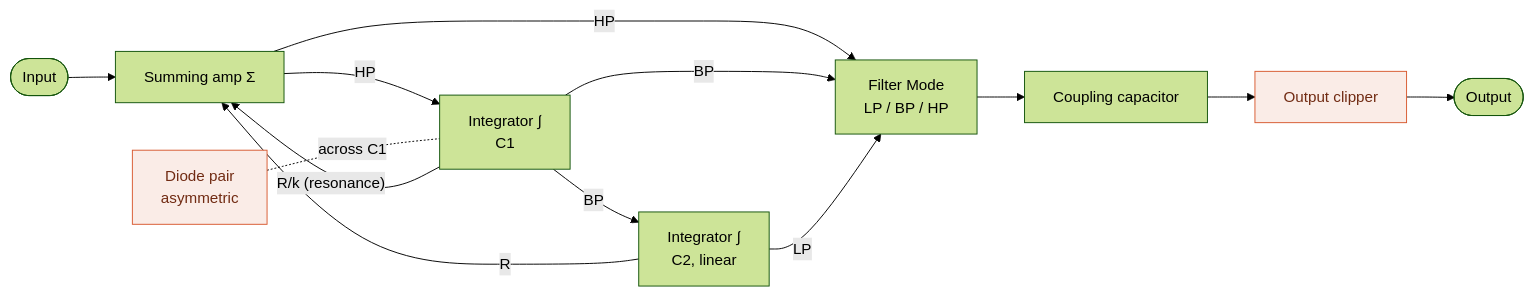
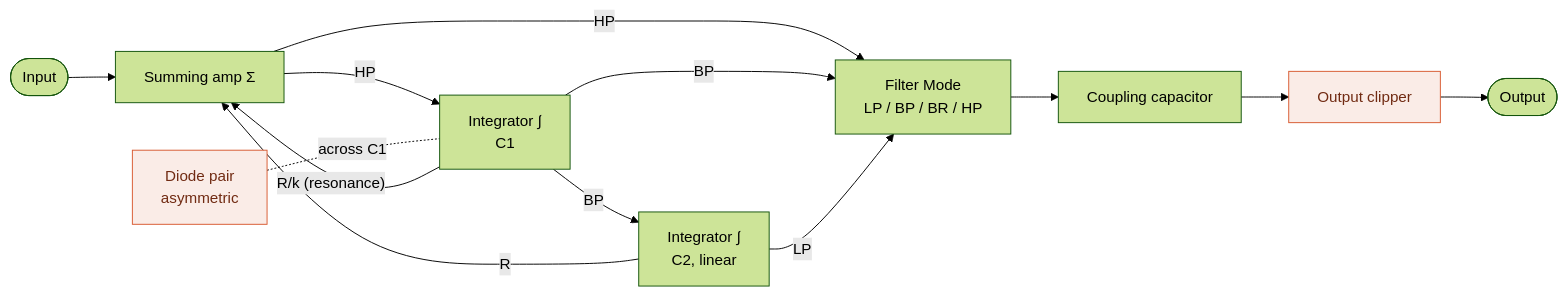
One commit to risgk/digital-synth-pra32-u2 changed the third of 3 diagrams in README.md. Above: the diagram before and after it, drawn with Mermaid (forest theme). The commit also changed other lines of this file and 6 other files, not shown here.

Commit message:
Add Band Reject (Notch) to Filter Mode [LP|LP|BP|BP|BR|HP]

````diff
--- a/README.md
+++ b/README.md
@@ -101,17 +101,17 @@
 ```mermaid
 flowchart LR
     IN([Input]) --> A1["Summing amp Σ"]
     A1 -->|HP| A2["Integrator ∫<br/>C1"]
     D["Diode pair<br/>asymmetric"] -.-|across C1| A2
     A2 -->|BP| A3["Integrator ∫<br/>C2, linear"]
-    A1 -->|HP| MS["Filter Mode<br/>LP / BP / HP"]
+    A1 -->|HP| MS["Filter Mode<br/>LP / BP / BR / HP"]
     A2 -->|BP| MS
     A3 -->|LP| MS
     MS --> CC["Coupling capacitor"]
     CC --> LIM["Output clipper"]
     LIM --> OUT([Output])
     A2 -->|"R/k (resonance)"| A1
     A3 -->|R| A1
     classDef nl fill:#FAECE7,stroke:#D85A30,color:#712B13
     class D,LIM nl
 ```
````
